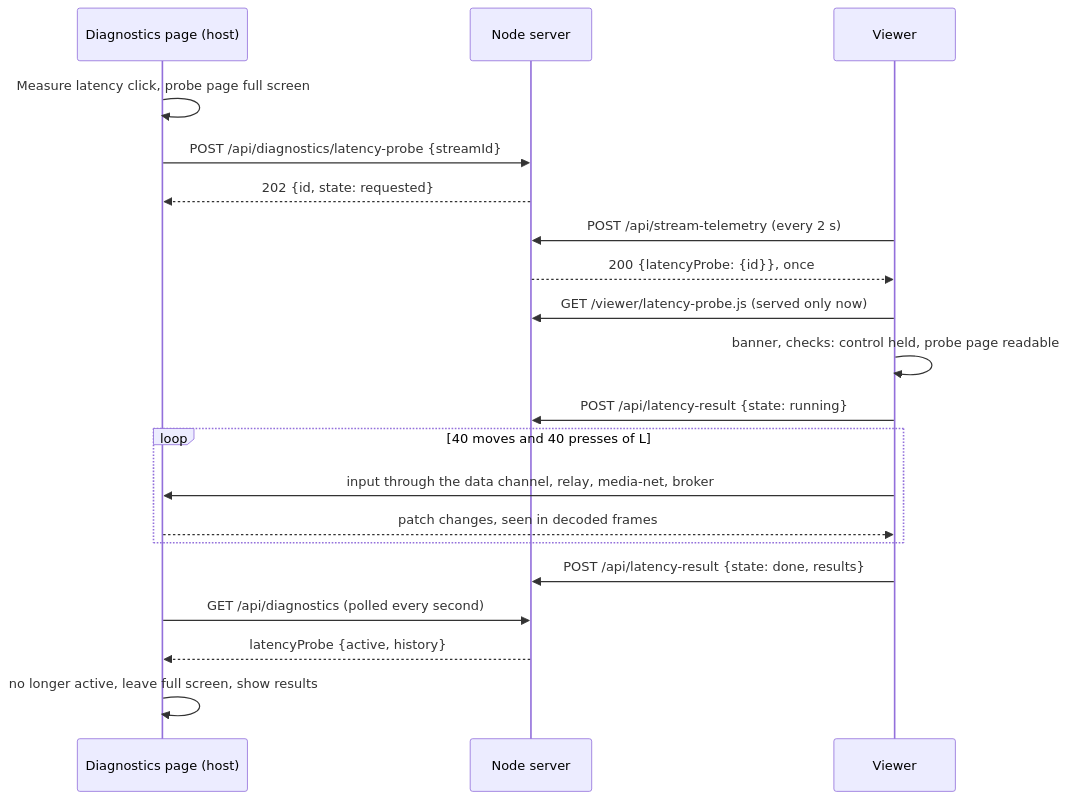
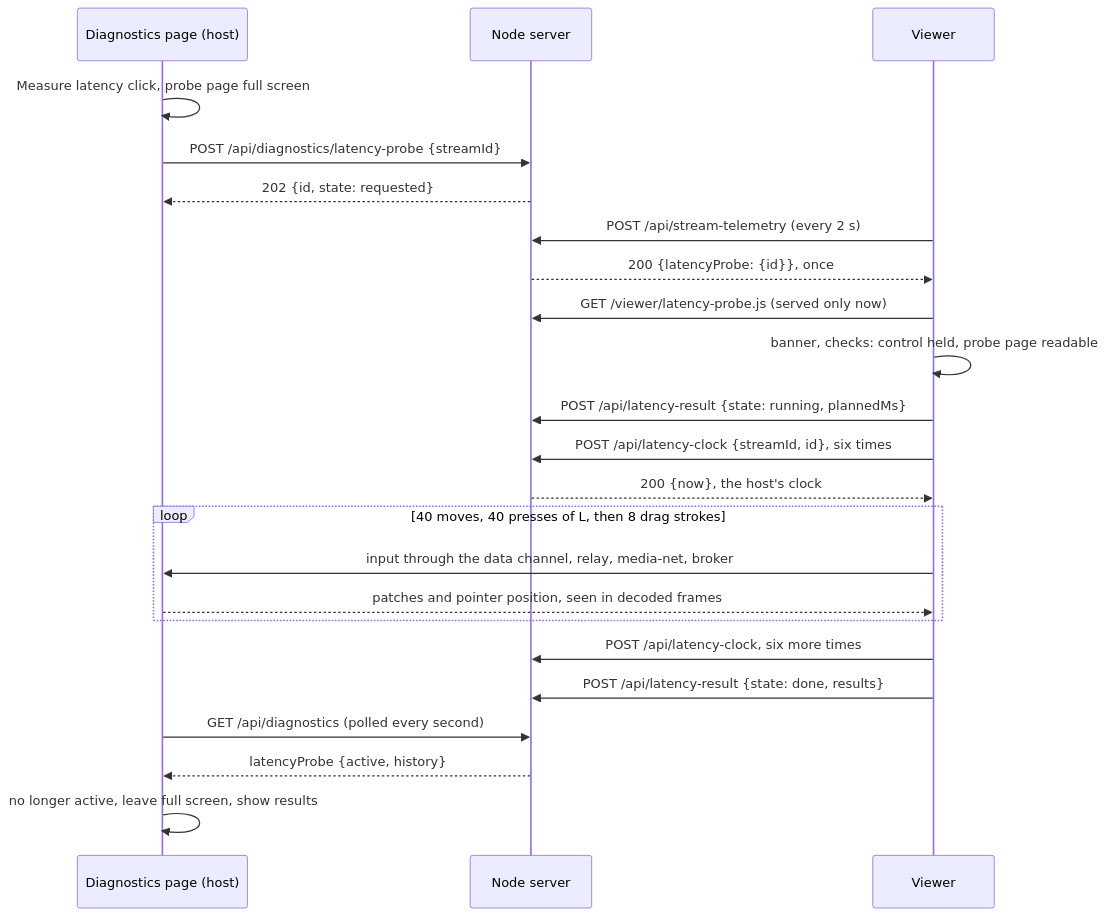
One commit to kiforsbe/vidvnc changed diagram 16 of 21 in docs/ARCHITECTURE.md. Above: the diagram before and after it, drawn with Mermaid. The commit also changed other lines of this file and 18 other files, not shown here.

````diff
--- a/docs/ARCHITECTURE.md
+++ b/docs/ARCHITECTURE.md
@@ -1085,23 +1089,26 @@
 ```mermaid
 sequenceDiagram
     participant D as Diagnostics page (host)
     participant S as Node server
     participant V as Viewer
 
     D->>D: Measure latency click, probe page full screen
     D->>S: POST /api/diagnostics/latency-probe {streamId}
     S-->>D: 202 {id, state: requested}
     V->>S: POST /api/stream-telemetry (every 2 s)
     S-->>V: 200 {latencyProbe: {id}}, once
     V->>S: GET /viewer/latency-probe.js (served only now)
     V->>V: banner, checks: control held, probe page readable
-    V->>S: POST /api/latency-result {state: running}
-    loop 40 moves and 40 presses of L
+    V->>S: POST /api/latency-result {state: running, plannedMs}
+    V->>S: POST /api/latency-clock {streamId, id}, six times
+    S-->>V: 200 {now}, the host's clock
+    loop 40 moves, 40 presses of L, then 8 drag strokes
         V->>D: input through the data channel, relay, media-net, broker
-        D-->>V: patch changes, seen in decoded frames
+        D-->>V: patches and pointer position, seen in decoded frames
     end
+    V->>S: POST /api/latency-clock, six more times
     V->>S: POST /api/latency-result {state: done, results}
     D->>S: GET /api/diagnostics (polled every second)
     S-->>D: latencyProbe {active, history}
     D->>D: no longer active, leave full screen, show results
 ```
````
